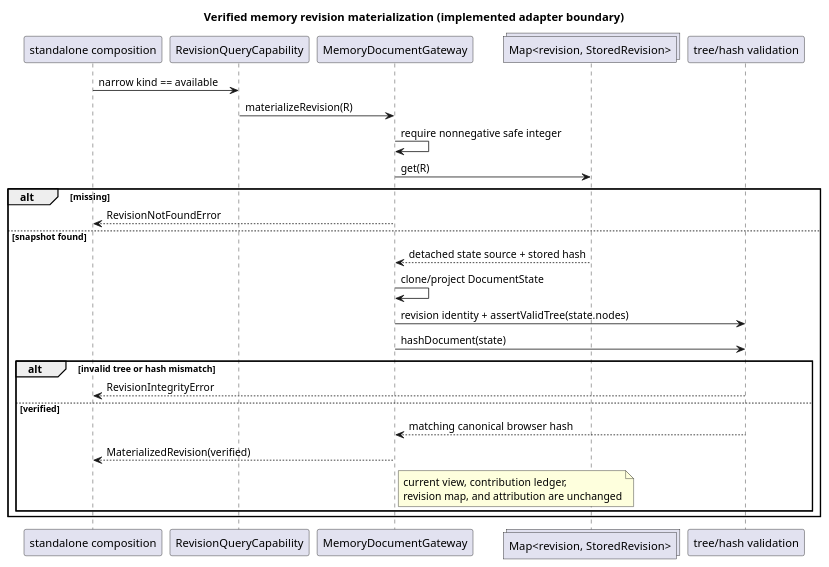
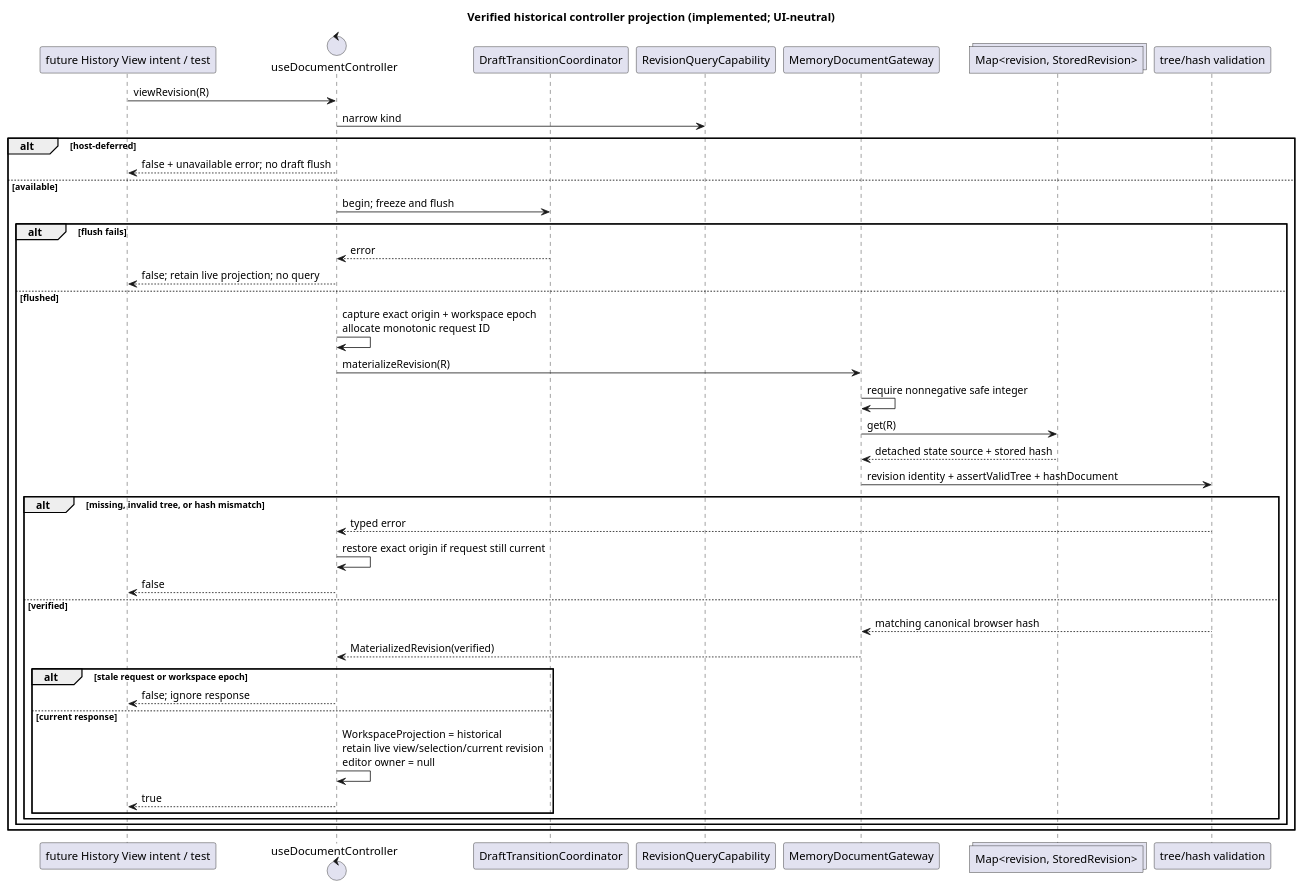
Before and after one commit to benoit-gl/coedit: diagram 14 of 14 in docs/SEQUENCE_DIAGRAMS.md, drawn with PlantUML. The commit also changed other lines of this file and 19 other files, not shown here.

Commit message:
WP-2: Add explicit live/historical workspace mode

````diff
--- a/docs/SEQUENCE_DIAGRAMS.md
+++ b/docs/SEQUENCE_DIAGRAMS.md
@@ -784,33 +784,45 @@
 ```plantuml
 @startuml
-title Verified memory revision materialization (implemented adapter boundary)
-participant "standalone composition" as Host
+title Verified historical controller projection (implemented; UI-neutral)
+participant "future History View intent / test" as Caller
+control "useDocumentController" as Controller
+participant "DraftTransitionCoordinator" as Drafts
 participant "RevisionQueryCapability" as Capability
 participant "MemoryDocumentGateway" as Memory
 collections "Map<revision, StoredRevision>" as Snapshots
 participant "tree/hash validation" as Validation
 
-Host -> Capability : narrow kind == available
-Capability -> Memory : materializeRevision(R)
-Memory -> Memory : require nonnegative safe integer
-Memory -> Snapshots : get(R)
-alt missing
-  Memory --> Host : RevisionNotFoundError
-else snapshot found
-  Snapshots --> Memory : detached state source + stored hash
-  Memory -> Memory : clone/project DocumentState
-  Memory -> Validation : revision identity + assertValidTree(state.nodes)
-  Memory -> Validation : hashDocument(state)
-  alt invalid tree or hash mismatch
-    Validation --> Host : RevisionIntegrityError
-  else verified
-    Validation --> Memory : matching canonical browser hash
-    Memory --> Host : MaterializedRevision(verified)
-    note right of Memory
-      current view, contribution ledger,
-      revision map, and attribution are unchanged
-    end note
+Caller -> Controller : viewRevision(R)
+Controller -> Capability : narrow kind
+alt host-deferred
+  Controller --> Caller : false + unavailable error; no draft flush
+else available
+  Controller -> Drafts : begin; freeze and flush
+  alt flush fails
+    Drafts --> Controller : error
+    Controller --> Caller : false; retain live projection; no query
+  else flushed
+    Controller -> Controller : capture exact origin + workspace epoch\nallocate monotonic request ID
+    Controller -> Memory : materializeRevision(R)
+    Memory -> Memory : require nonnegative safe integer
+    Memory -> Snapshots : get(R)
+    Snapshots --> Memory : detached state source + stored hash
+    Memory -> Validation : revision identity + assertValidTree + hashDocument
+    alt missing, invalid tree, or hash mismatch
+      Validation --> Controller : typed error
+      Controller -> Controller : restore exact origin if request still current
+      Controller --> Caller : false
+    else verified
+      Validation --> Memory : matching canonical browser hash
+      Memory --> Controller : MaterializedRevision(verified)
+      alt stale request or workspace epoch
+        Controller --> Caller : false; ignore response
+      else current response
+        Controller -> Controller : WorkspaceProjection = historical\nretain live view/selection/current revision\neditor owner = null
+        Controller --> Caller : true
+      end
+    end
   end
 end
 @enduml
 ```
````
